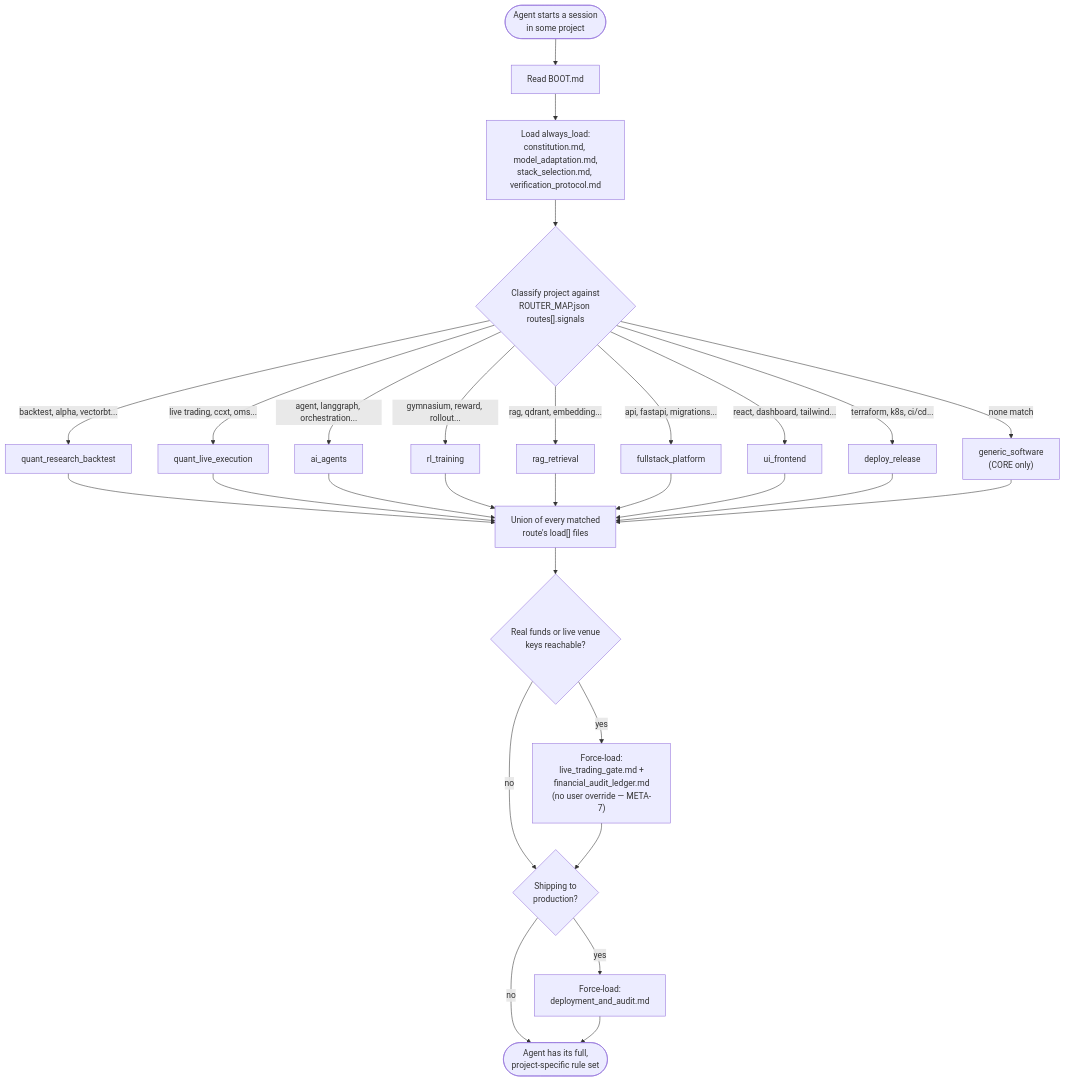
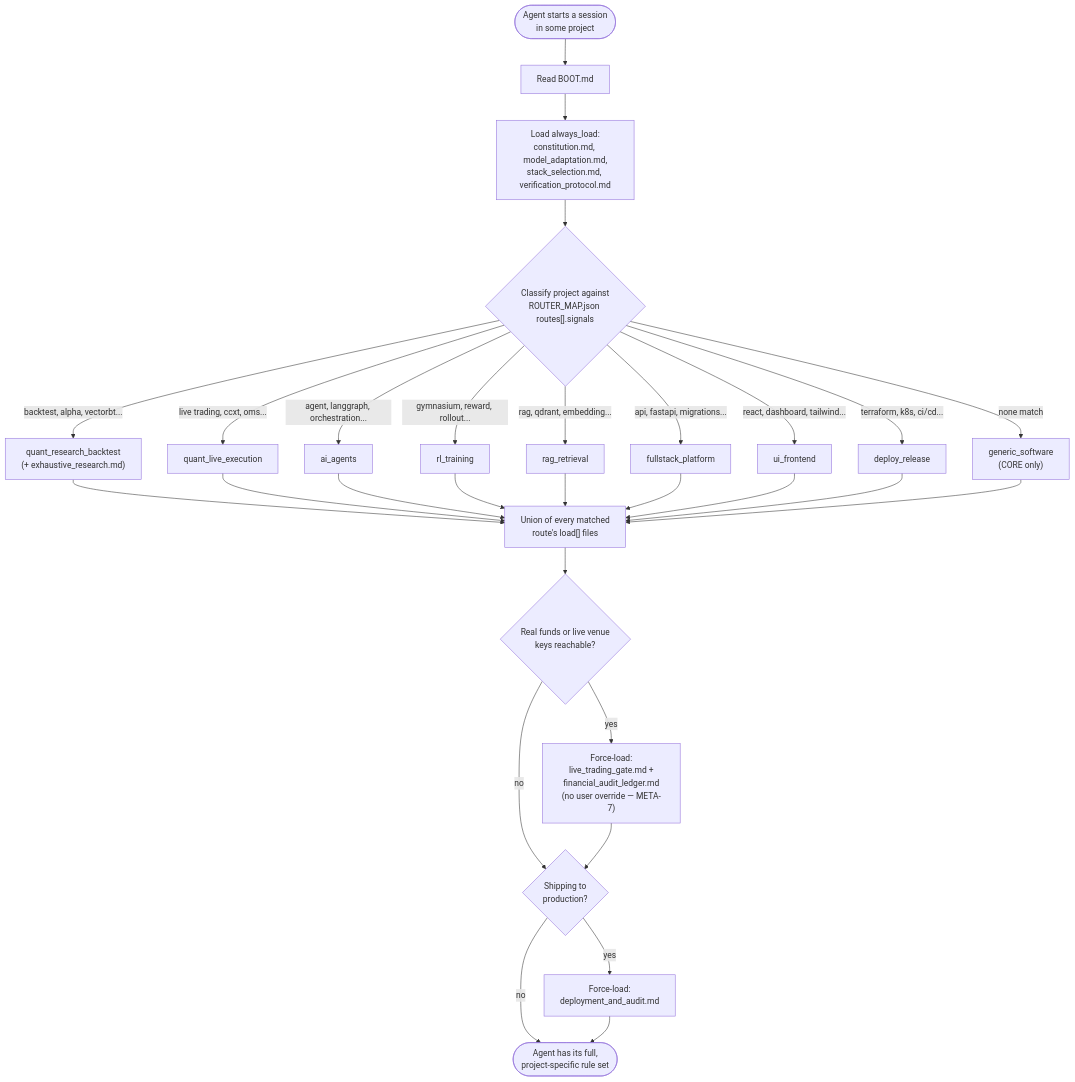
Before and after one commit to Aditya-7117/AEQ-OS: the first of 3 diagrams in docs/ARCHITECTURE.md, drawn with Mermaid. The commit also changed other lines of this file and 6 other files, not shown here.

First line of the commit message:
Add exhaustive backtesting research domain and status check

````diff
--- a/docs/ARCHITECTURE.md
+++ b/docs/ARCHITECTURE.md
@@ -26,28 +26,28 @@
 ```mermaid
 flowchart TD
     Start(["Agent starts a session\nin some project"]) --> Boot["Read BOOT.md"]
     Boot --> Always["Load always_load:\nconstitution.md, model_adaptation.md,\nstack_selection.md, verification_protocol.md"]
     Always --> Classify{"Classify project against\nROUTER_MAP.json routes[].signals"}
 
-    Classify -->|"backtest, alpha, vectorbt..."| R1["quant_research_backtest"]
+    Classify -->|"backtest, alpha, vectorbt..."| R1["quant_research_backtest\n(+ exhaustive_research.md)"]
     Classify -->|"live trading, ccxt, oms..."| R2["quant_live_execution"]
     Classify -->|"agent, langgraph, orchestration..."| R3["ai_agents"]
     Classify -->|"gymnasium, reward, rollout..."| R4["rl_training"]
     Classify -->|"rag, qdrant, embedding..."| R5["rag_retrieval"]
     Classify -->|"api, fastapi, migrations..."| R6["fullstack_platform"]
     Classify -->|"react, dashboard, tailwind..."| R7["ui_frontend"]
     Classify -->|"terraform, k8s, ci/cd..."| R8["deploy_release"]
     Classify -->|"none match"| R9["generic_software\n(CORE only)"]
 
     R1 & R2 & R3 & R4 & R5 & R6 & R7 & R8 --> Union["Union of every matched\nroute's load[] files"]
     R9 --> Union
 
     Union --> HardCheck{"Real funds or live venue\nkeys reachable?"}
     HardCheck -->|yes| Force1["Force-load:\nlive_trading_gate.md +\nfinancial_audit_ledger.md\n(no user override — META-7)"]
     HardCheck -->|no| DeployCheck
 
     Force1 --> DeployCheck{"Shipping to\nproduction?"}
     DeployCheck -->|yes| Force2["Force-load:\ndeployment_and_audit.md"]
     DeployCheck -->|no| Ready
     Force2 --> Ready(["Agent has its full,\nproject-specific rule set"])
 ```
````
